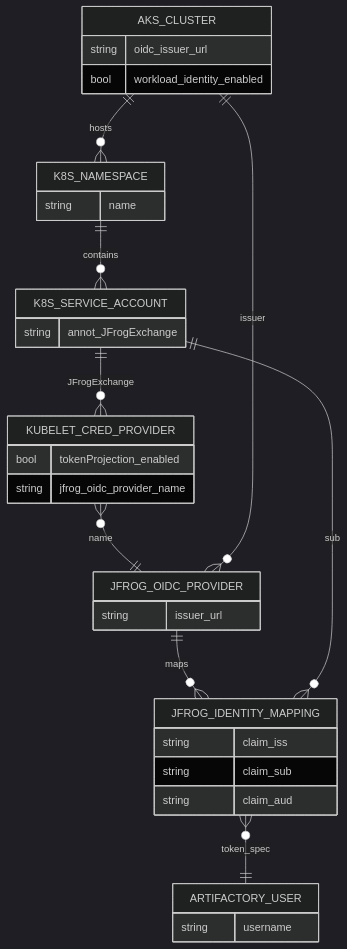
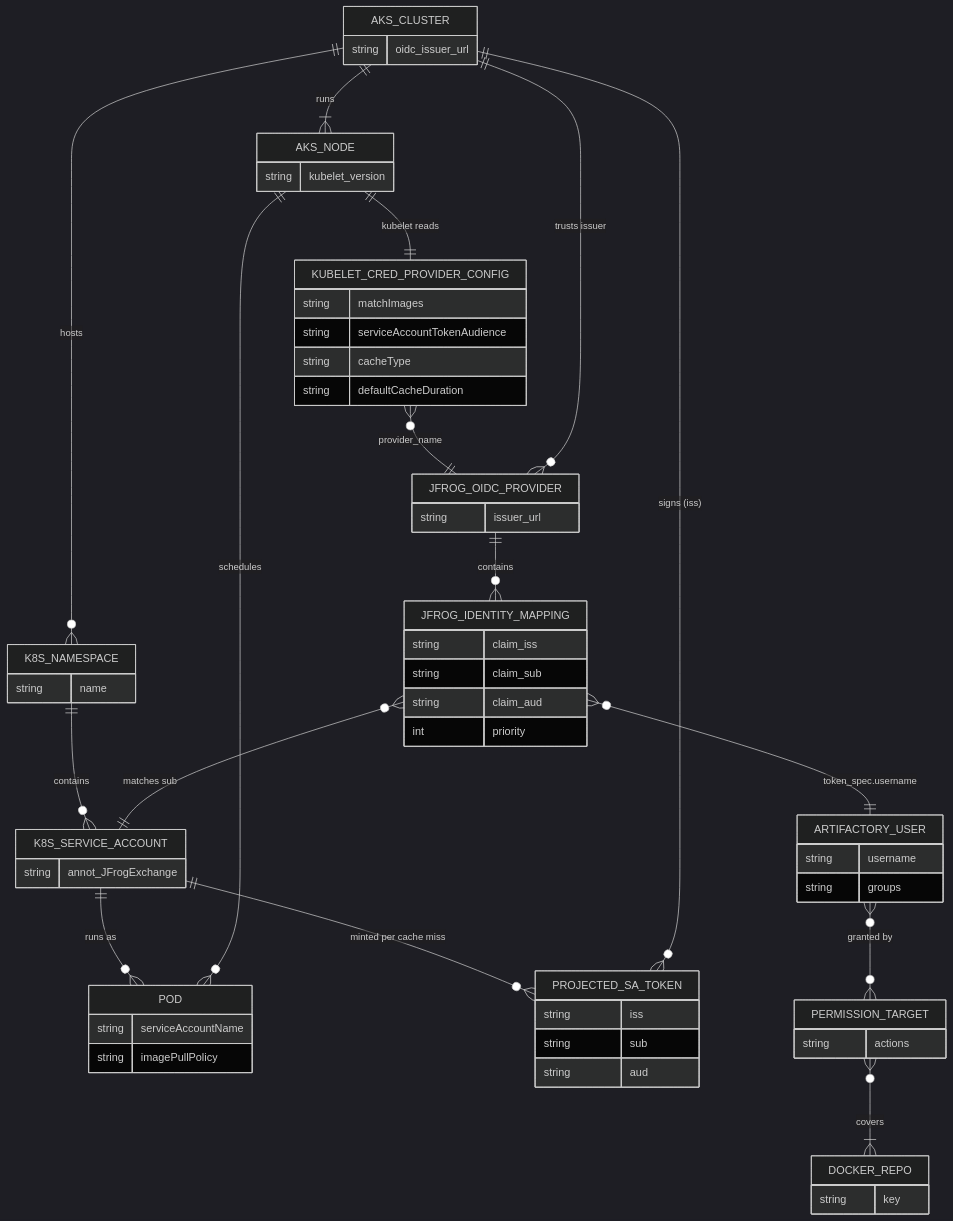
One commit to tomjfrog/jfrog-credentials-provider changed the first of 2 diagrams in Azure-Workload-Identity-OIDC-Workflow-Checklist.md. Above: the diagram before and after it, drawn with Mermaid (dark theme). The commit also changed other lines of this file and 8 other files, not shown here.

````diff
--- a/Azure-Workload-Identity-OIDC-Workflow-Checklist.md
+++ b/Azure-Workload-Identity-OIDC-Workflow-Checklist.md
@@ -13,36 +15,64 @@
 ```mermaid
 erDiagram
     AKS_CLUSTER {
         string oidc_issuer_url
-        bool workload_identity_enabled
+    }
+    AKS_NODE {
+        string kubelet_version
+    }
+    KUBELET_CRED_PROVIDER_CONFIG {
+        string matchImages
+        string serviceAccountTokenAudience
+        string cacheType
+        string defaultCacheDuration
     }
     K8S_NAMESPACE {
         string name
     }
     K8S_SERVICE_ACCOUNT {
         string annot_JFrogExchange
     }
-    KUBELET_CRED_PROVIDER {
-        bool tokenProjection_enabled
-        string jfrog_oidc_provider_name
+    POD {
+        string serviceAccountName
+        string imagePullPolicy
+    }
+    PROJECTED_SA_TOKEN {
+        string iss
+        string sub
+        string aud
     }
     JFROG_OIDC_PROVIDER {
         string issuer_url
     }
     JFROG_IDENTITY_MAPPING {
         string claim_iss
         string claim_sub
         string claim_aud
+        int priority
     }
     ARTIFACTORY_USER {
         string username
+        string groups
     }
+    PERMISSION_TARGET {
+        string actions
+    }
+    DOCKER_REPO {
+        string key
+    }
+    AKS_CLUSTER ||--|{ AKS_NODE : runs
+    AKS_NODE ||--|| KUBELET_CRED_PROVIDER_CONFIG : "kubelet reads"
     AKS_CLUSTER ||--o{ K8S_NAMESPACE : hosts
     K8S_NAMESPACE ||--o{ K8S_SERVICE_ACCOUNT : contains
-    JFROG_OIDC_PROVIDER }o--|| AKS_CLUSTER : issuer
-    JFROG_OIDC_PROVIDER ||--o{ JFROG_IDENTITY_MAPPING : maps
-    JFROG_IDENTITY_MAPPING }o--|| K8S_SERVICE_ACCOUNT : sub
-    JFROG_IDENTITY_MAPPING }o--|| ARTIFACTORY_USER : token_spec
-    KUBELET_CRED_PROVIDER }o--|| JFROG_OIDC_PROVIDER : name
-    K8S_SERVICE_ACCOUNT ||--o{ KUBELET_CRED_PROVIDER : JFrogExchange
+    K8S_SERVICE_ACCOUNT ||--o{ POD : "runs as"
+    AKS_NODE ||--o{ POD : schedules
+    K8S_SERVICE_ACCOUNT ||--o{ PROJECTED_SA_TOKEN : "minted per cache miss"
+    AKS_CLUSTER ||--o{ PROJECTED_SA_TOKEN : "signs (iss)"
+    JFROG_OIDC_PROVIDER }o--|| AKS_CLUSTER : "trusts issuer"
+    KUBELET_CRED_PROVIDER_CONFIG }o--|| JFROG_OIDC_PROVIDER : "provider_name"
+    JFROG_OIDC_PROVIDER ||--o{ JFROG_IDENTITY_MAPPING : contains
+    JFROG_IDENTITY_MAPPING }o--|| K8S_SERVICE_ACCOUNT : "matches sub"
+    JFROG_IDENTITY_MAPPING }o--|| ARTIFACTORY_USER : "token_spec.username"
+    ARTIFACTORY_USER }o--o{ PERMISSION_TARGET : "granted by"
+    PERMISSION_TARGET }o--|{ DOCKER_REPO : covers
 ```
````
